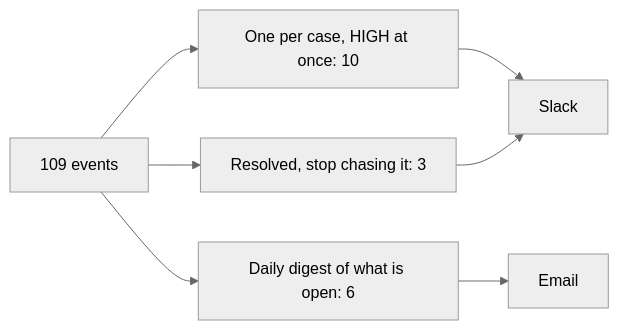
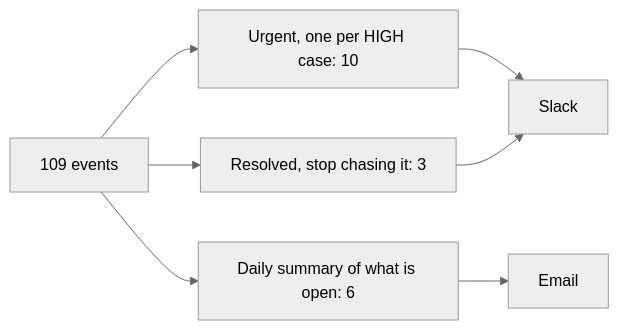
The fifth of 6 diagrams in DESIGN.md (gongyuchenggong/counterfoil), drawn with Mermaid (neutral theme) before and after one commit. The commit also changed other lines of this file and 14 other files, not shown here.

````diff
--- a/DESIGN.md
+++ b/DESIGN.md
@@ -169,7 +135,7 @@
 ```mermaid
 flowchart LR
     accTitle: How 109 events become 19 alerts
-    events["109 events"] --> urgent["One per case, HIGH at once: 10"] --> slack["Slack"]
+    events["109 events"] --> urgent["Urgent, one per HIGH case: 10"] --> slack["Slack"]
     events --> resolved["Resolved, stop chasing it: 3"] --> slack
-    events --> digest["Daily digest of what is open: 6"] --> email["Email"]
+    events --> digest["Daily summary of what is open: 6"] --> email["Email"]
 ```
````
